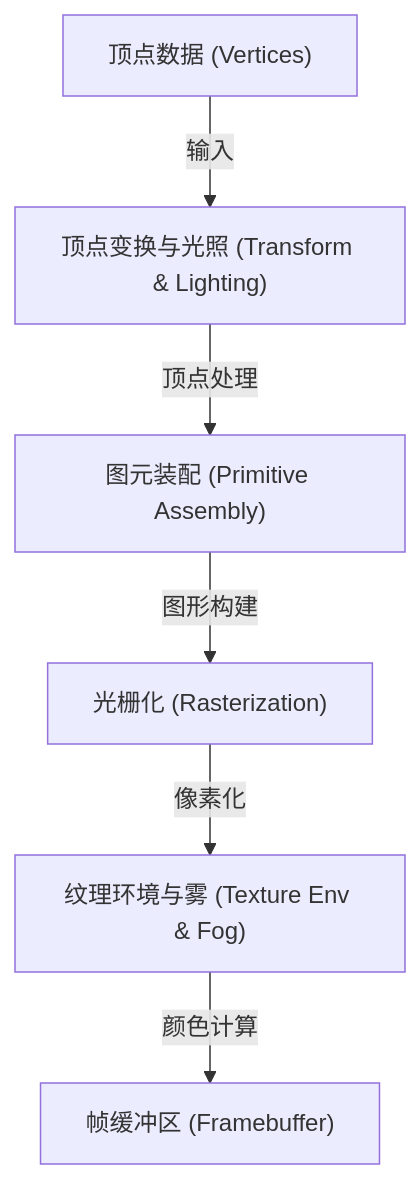
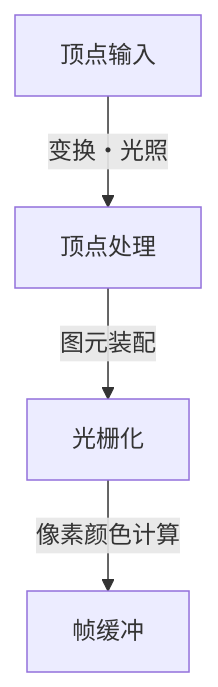
The first of 2 diagrams in content/post/opengl-basics-and-history/index.zh-cn.md (kenjinote/blog), drawn with Mermaid before and after one commit. The commit also changed other lines of this file and 129 other files, not shown here.

````diff
--- a/content/post/opengl-basics-and-history/index.zh-cn.md
+++ b/content/post/opengl-basics-and-history/index.zh-cn.md
@@ -41,15 +35,6 @@
 ```mermaid
 graph TD
-    A["顶点数据 (Vertices)"]
-    B["顶点变换与光照 (Transform & Lighting)"]
-    C["图元装配 (Primitive Assembly)"]
-    D["光栅化 (Rasterization)"]
-    E["纹理环境与雾 (Texture Env & Fog)"]
-    F["帧缓冲区 (Framebuffer)"]
-
-    A -- "输入" --> B
-    B -- "顶点处理" --> C
-    C -- "图形构建" --> D
-    D -- "像素化" --> E
-    E -- "颜色计算" --> F
+    A["顶点输入"] -- "变换・光照" --> B["顶点处理"]
+    B -- "图元装配" --> C["光栅化"]
+    C -- "像素颜色计算" --> D["帧缓冲"]
 ```
````
